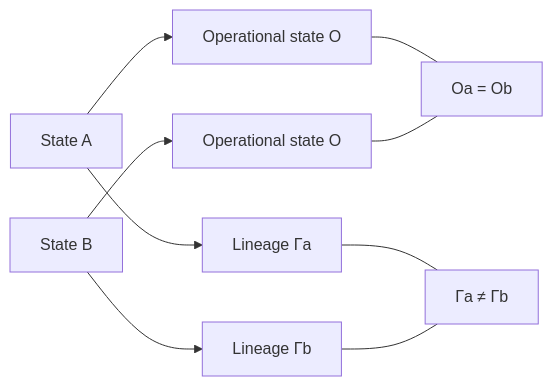
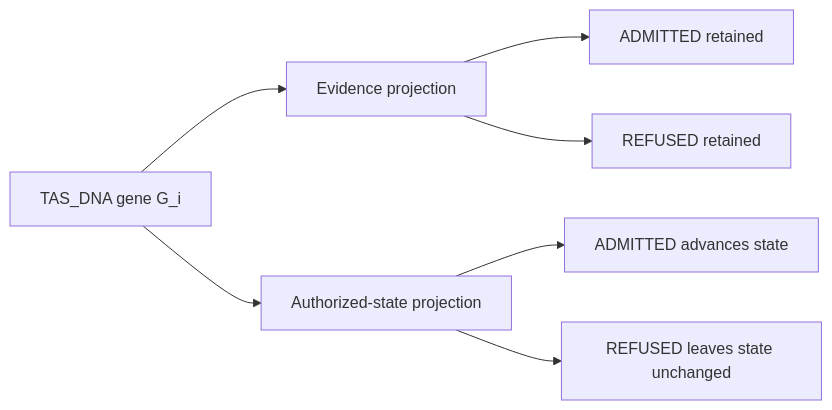
One commit to Sovereign-Data-Foundation/truealpha-spiral-explainer changed the second of 2 diagrams in diagrams/state-transition.md. Above: the diagram before and after it, drawn with Mermaid. The commit also changed other lines of this file, not shown here.

Commit message:
Replace composite-state diagram with TAS_DNA projections

````diff
--- a/diagrams/state-transition.md
+++ b/diagrams/state-transition.md
@@ -24,12 +19,11 @@
 ```mermaid
 flowchart LR
-    A[State A] --> OA[Operational state O]
-    A --> GA[Lineage Γa]
-    B[State B] --> OB[Operational state O]
-    B --> GB[Lineage Γb]
+    G[TAS_DNA gene G_i] --> E[Evidence projection]
+    G --> S[Authorized-state projection]
 
-    OA --- EQ[Oa = Ob]
-    OB --- EQ
-    GA --- NEQ[Γa ≠ Γb]
-    GB --- NEQ
+    E --> EA[ADMITTED retained]
+    E --> ER[REFUSED retained]
+
+    S --> SA[ADMITTED advances state]
+    S --> SR[REFUSED leaves state unchanged]
 ```
````
